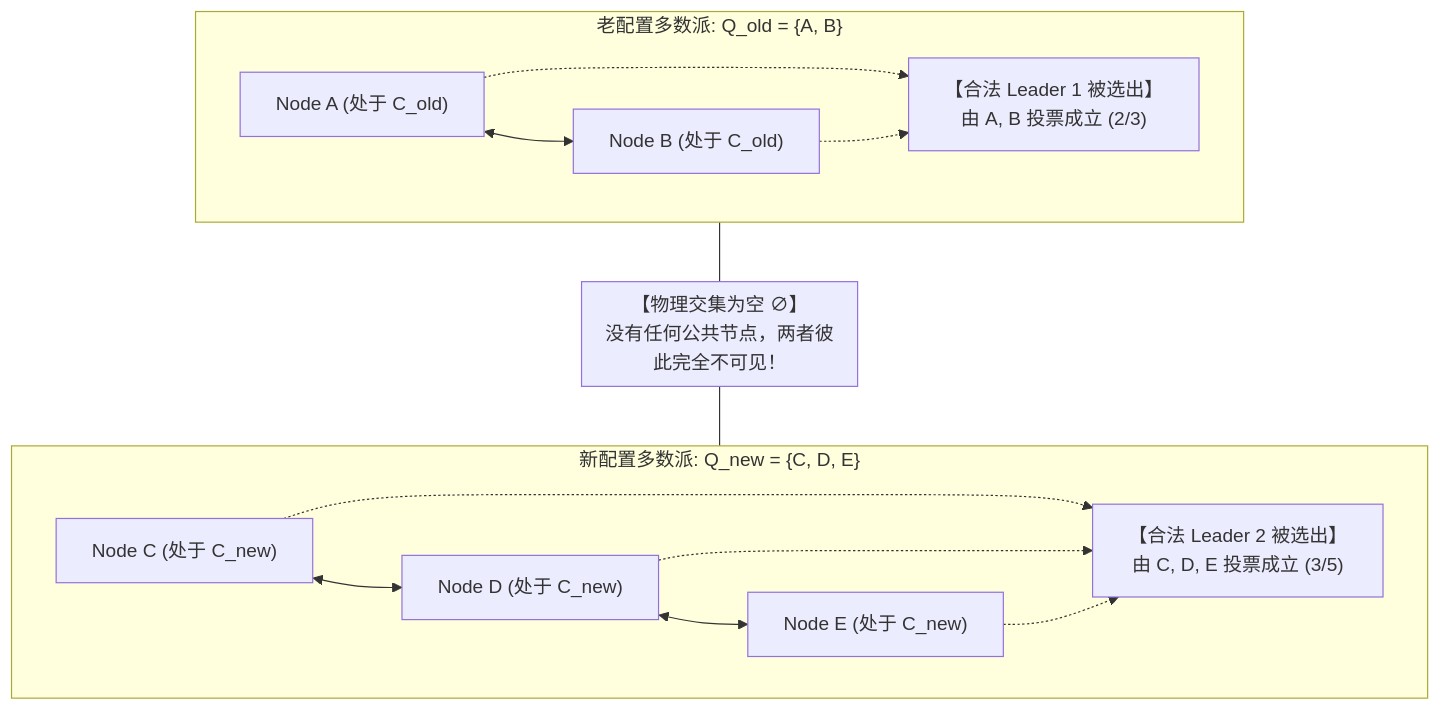
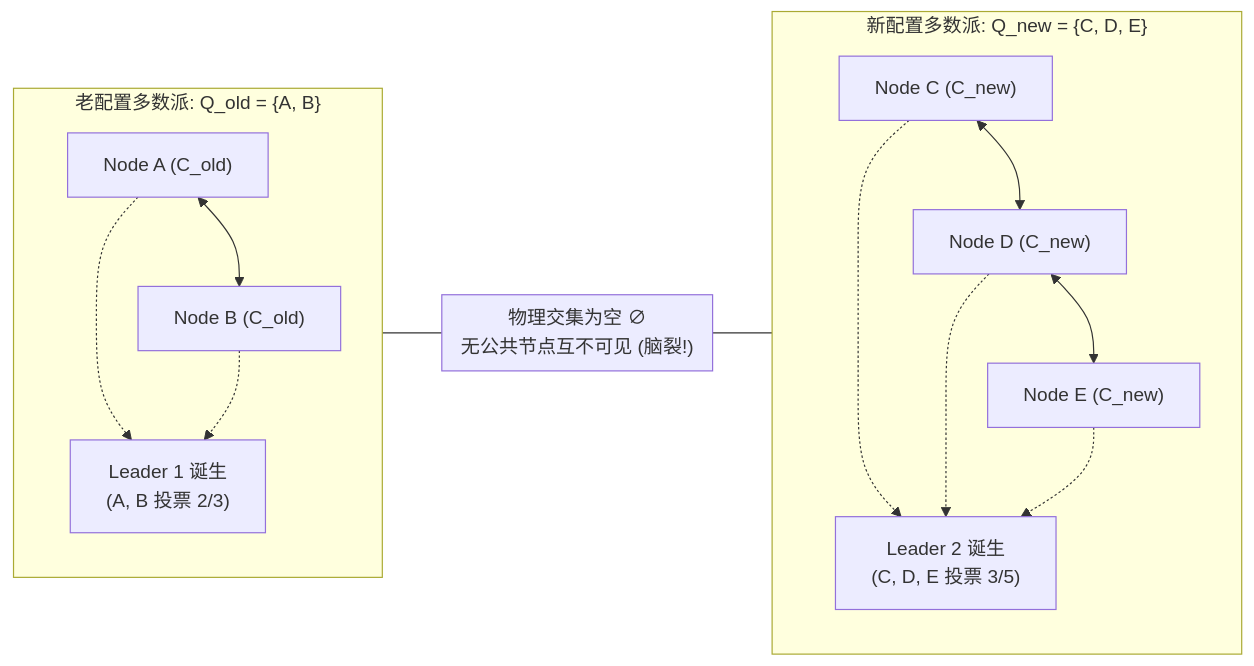
One commit to MoreConsequence/MoreConsequence.github.io changed the first of 2 diagrams in content/posts/distributed-consensus/consensus-07-raft-membership-changes-joint-consensus.md. Above: the diagram before and after it, drawn with Mermaid. The commit also changed 835 other files, not shown here.

First line of the commit message:
feat(blog): 全站33篇新增深度专栏与博文全量审核上线及矢量图表优化

````diff
--- a/content/posts/distributed-consensus/consensus-07-raft-membership-changes-joint-consensus.md
+++ b/content/posts/distributed-consensus/consensus-07-raft-membership-changes-joint-consensus.md
@@ -37,29 +37,31 @@
 ```mermaid
-flowchart TD
+flowchart LR
     subgraph ClusterOld["老配置多数派: Q_old = {A, B}"]
-        NodeA["Node A (处于 C_old)"]
-        NodeB["Node B (处于 C_old)"]
+        direction TB
+        NodeA["Node A (C_old)"]
+        NodeB["Node B (C_old)"]
         NodeA <--> NodeB
-        Leader1["【合法 Leader 1 被选出】<br/>由 A, B 投票成立 (2/3)"]
+        Leader1["Leader 1 诞生<br/>(A, B 投票 2/3)"]
         NodeA -.-> Leader1
         NodeB -.-> Leader1
     end
 
-    subgraph DisjointGap["【物理交集为空 ∅】<br/>没有任何公共节点，两者彼此完全不可见！"]
+    subgraph DisjointGap["物理交集为空 ∅<br/>无公共节点互不可见 (脑裂!)"]
     end
 
     subgraph ClusterNew["新配置多数派: Q_new = {C, D, E}"]
-        NodeC["Node C (处于 C_new)"]
-        NodeD["Node D (处于 C_new)"]
-        NodeE["Node E (处于 C_new)"]
+        direction TB
+        NodeC["Node C (C_new)"]
+        NodeD["Node D (C_new)"]
+        NodeE["Node E (C_new)"]
         NodeC <--> NodeD
         NodeD <--> NodeE
-        Leader2["【合法 Leader 2 被选出】<br/>由 C, D, E 投票成立 (3/5)"]
+        Leader2["Leader 2 诞生<br/>(C, D, E 投票 3/5)"]
         NodeC -.-> Leader2
         NodeD -.-> Leader2
         NodeE -.-> Leader2
     end
 
     ClusterOld --- DisjointGap
     DisjointGap --- ClusterNew
 ```
````
